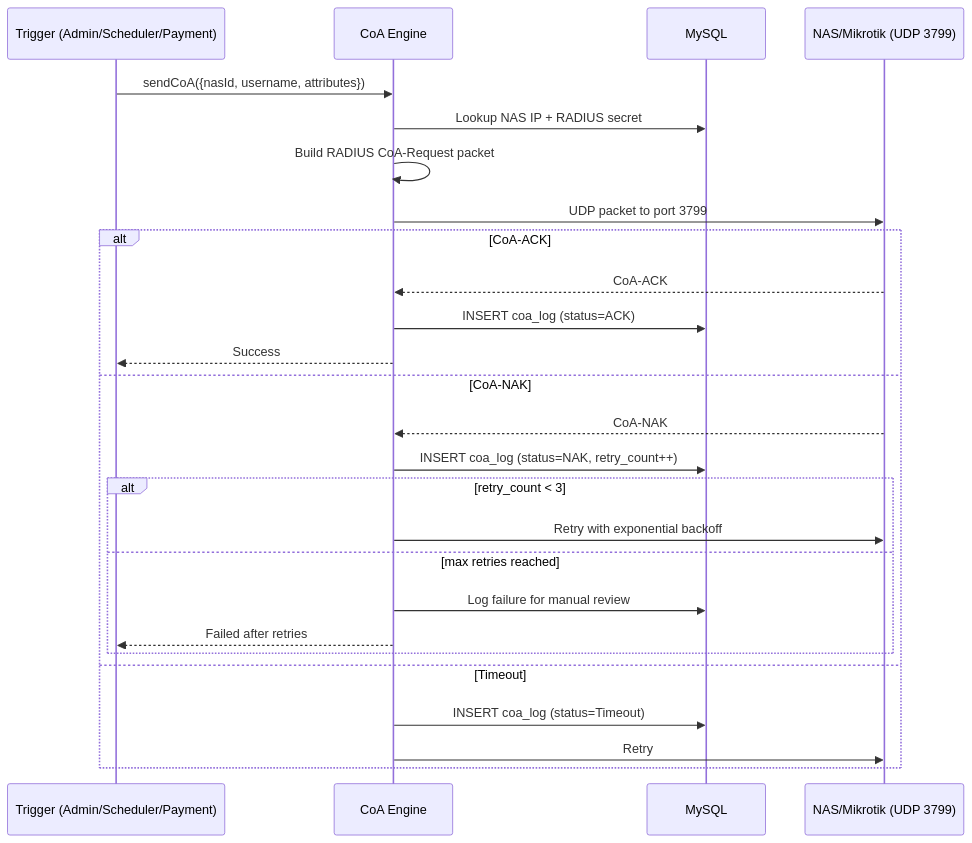
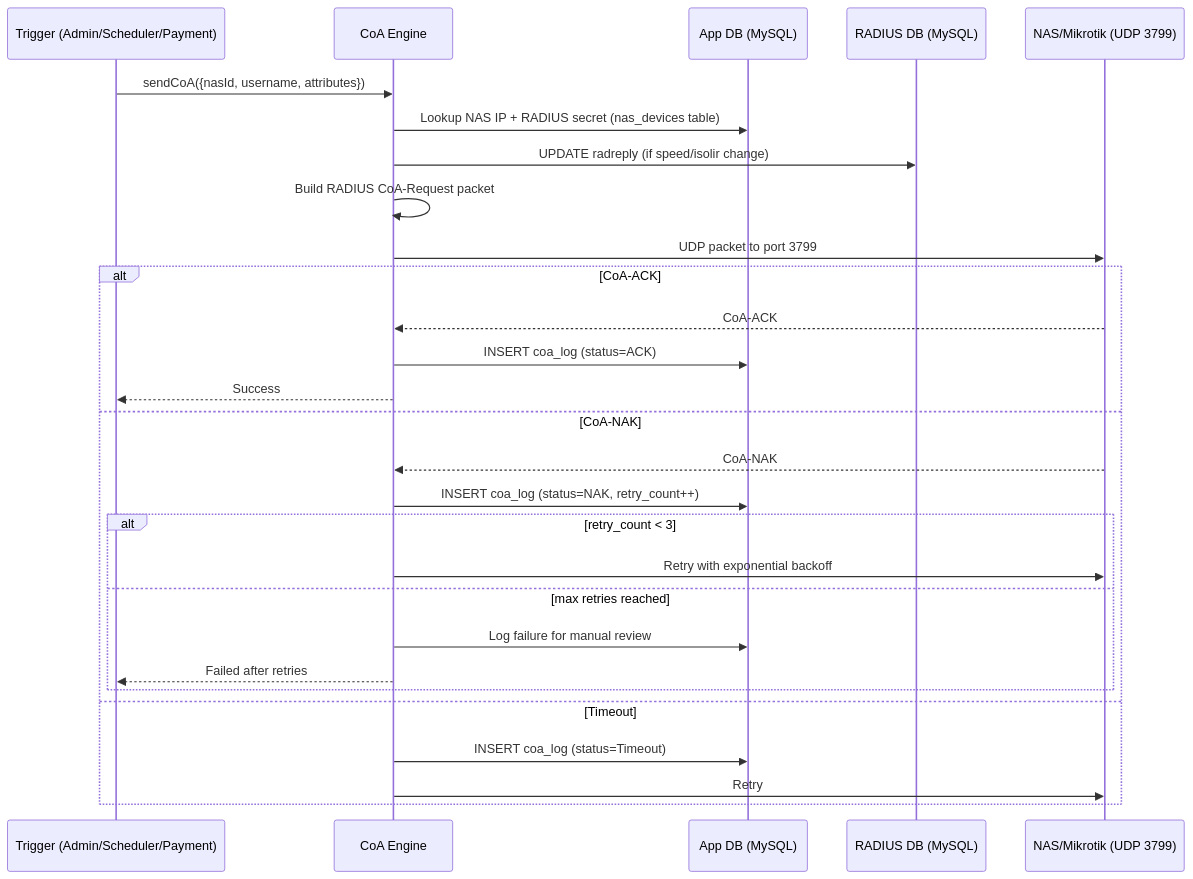
The eighth of 9 diagrams in .kiro/specs/uwais-isp-backend/design.md (ariemus-smk/uwaisSuperApps), drawn with Mermaid before and after one commit. The commit also changed other lines of this file and 22 other files, not shown here.

````diff
--- a/.kiro/specs/uwais-isp-backend/design.md
+++ b/.kiro/specs/uwais-isp-backend/design.md
@@ -1050,30 +1113,32 @@
 ```mermaid
 sequenceDiagram
     participant Trigger as Trigger (Admin/Scheduler/Payment)
     participant CoA as CoA Engine
-    participant DB as MySQL
+    participant AppDB as App DB (MySQL)
+    participant RadDB as RADIUS DB (MySQL)
     participant NAS as NAS/Mikrotik (UDP 3799)
 
     Trigger->>CoA: sendCoA({nasId, username, attributes})
-    CoA->>DB: Lookup NAS IP + RADIUS secret
+    CoA->>AppDB: Lookup NAS IP + RADIUS secret (nas_devices table)
+    CoA->>RadDB: UPDATE radreply (if speed/isolir change)
     CoA->>CoA: Build RADIUS CoA-Request packet
     CoA->>NAS: UDP packet to port 3799
     
     alt CoA-ACK
         NAS-->>CoA: CoA-ACK
-        CoA->>DB: INSERT coa_log (status=ACK)
+        CoA->>AppDB: INSERT coa_log (status=ACK)
         CoA-->>Trigger: Success
     else CoA-NAK
         NAS-->>CoA: CoA-NAK
-        CoA->>DB: INSERT coa_log (status=NAK, retry_count++)
+        CoA->>AppDB: INSERT coa_log (status=NAK, retry_count++)
         alt retry_count < 3
             CoA->>NAS: Retry with exponential backoff
         else max retries reached
-            CoA->>DB: Log failure for manual review
+            CoA->>AppDB: Log failure for manual review
             CoA-->>Trigger: Failed after retries
         end
     else Timeout
-        CoA->>DB: INSERT coa_log (status=Timeout)
+        CoA->>AppDB: INSERT coa_log (status=Timeout)
         CoA->>NAS: Retry
     end
 ```
````
